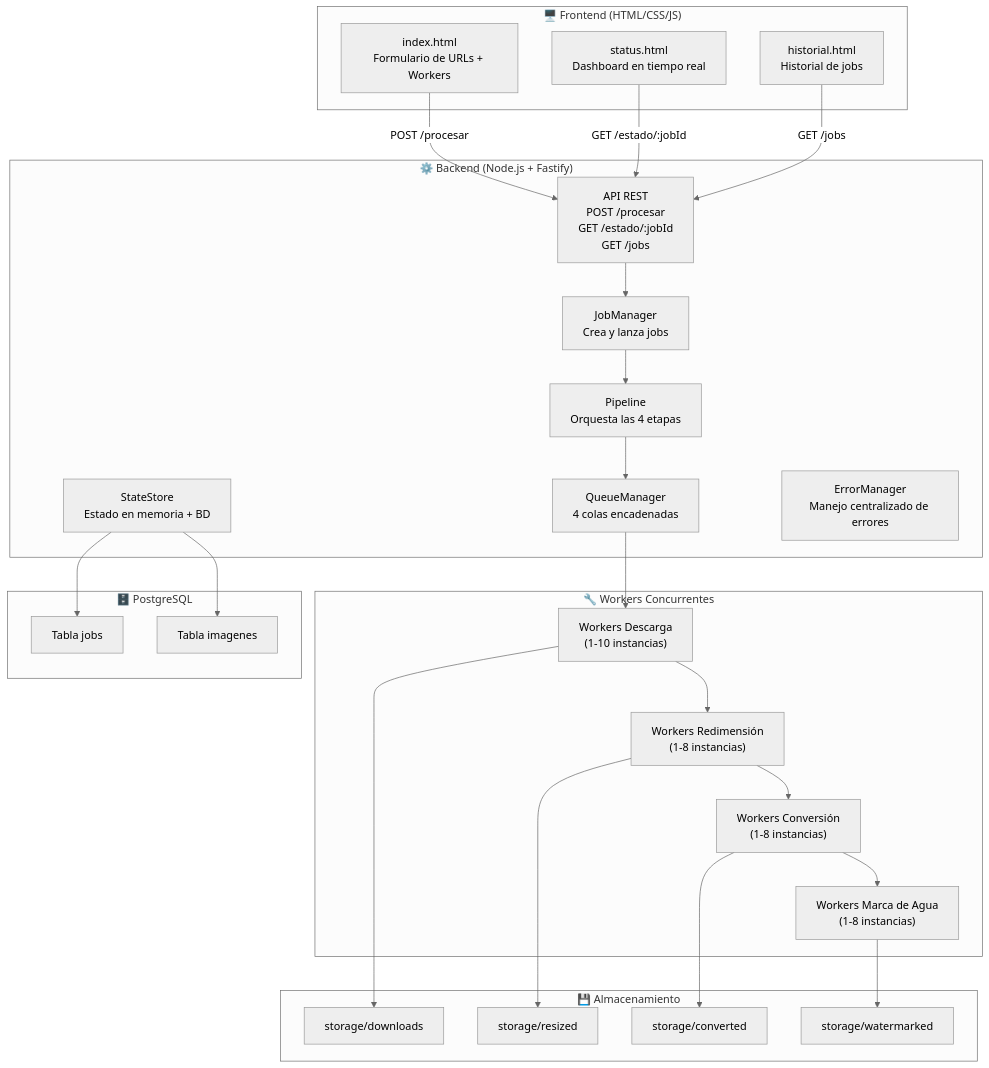
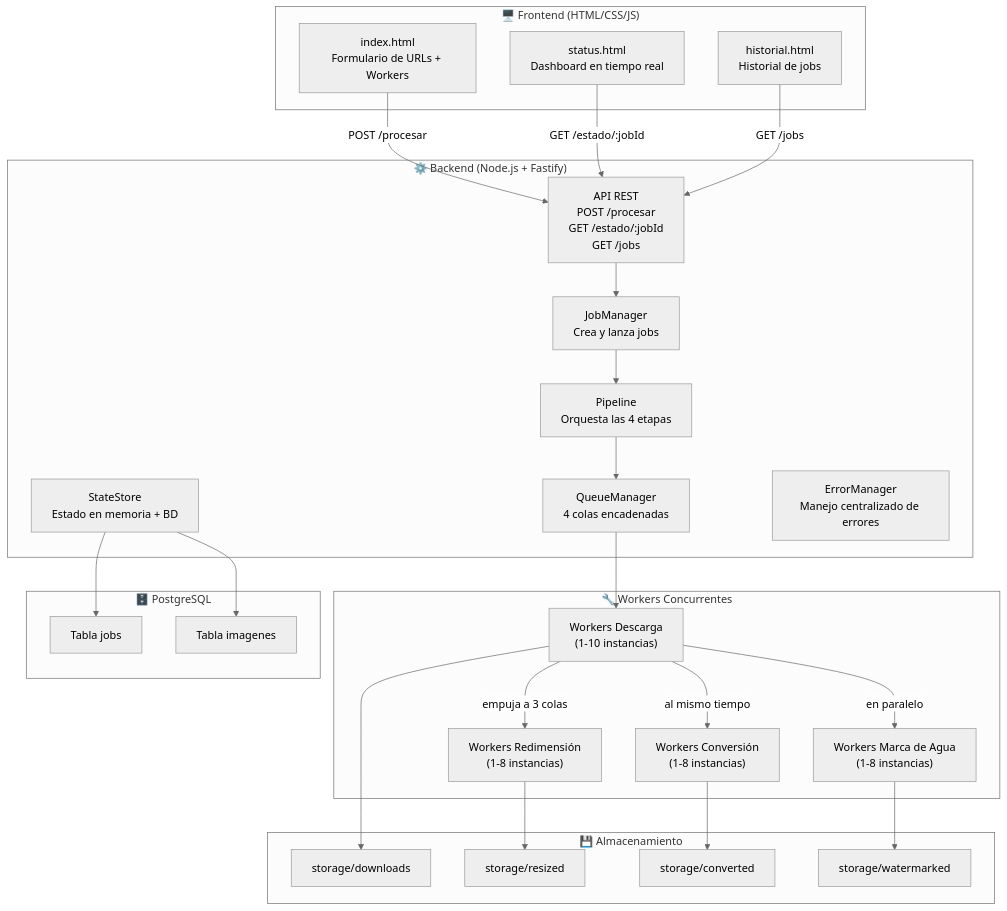
One commit to Santiagosoto19/-PMIC changed the first of 5 diagrams in documentación.md. Above: the diagram before and after it, drawn with Mermaid (neutral theme). The commit also changed other lines of this file, not shown here.

Commit message:
docs: documentación actualizada con arquitectura de hilos reales y procesamiento paralelo + documento de cambios

````diff
--- a/documentación.md
+++ b/documentación.md
@@ -18,48 +18,51 @@
 ```mermaid
 graph TB
     subgraph Frontend["🖥️ Frontend (HTML/CSS/JS)"]
         A["index.html<br/>Formulario de URLs + Workers"]
         B["status.html<br/>Dashboard en tiempo real"]
         C["historial.html<br/>Historial de jobs"]
     end
     
     subgraph Backend["⚙️ Backend (Node.js + Fastify)"]
         D["API REST<br/>POST /procesar<br/>GET /estado/:jobId<br/>GET /jobs"]
         E["JobManager<br/>Crea y lanza jobs"]
         F["Pipeline<br/>Orquesta las 4 etapas"]
         G["QueueManager<br/>4 colas encadenadas"]
         H["StateStore<br/>Estado en memoria + BD"]
         I["ErrorManager<br/>Manejo centralizado de errores"]
     end
     
     subgraph Workers["🔧 Workers Concurrentes"]
         W1["Workers Descarga<br/>(1-10 instancias)"]
         W2["Workers Redimensión<br/>(1-8 instancias)"]
         W3["Workers Conversión<br/>(1-8 instancias)"]
         W4["Workers Marca de Agua<br/>(1-8 instancias)"]
     end
     
     subgraph Storage["💾 Almacenamiento"]
         S1["storage/downloads"]
         S2["storage/resized"]
         S3["storage/converted"]
         S4["storage/watermarked"]
     end
     
     subgraph DB["🗄️ PostgreSQL"]
         T1["Tabla jobs"]
         T2["Tabla imagenes"]
     end
     
     A -->|POST /procesar| D
     B -->|GET /estado/:jobId| D
     C -->|GET /jobs| D
     D --> E --> F --> G
-    G --> W1 --> W2 --> W3 --> W4
+    G --> W1
+    W1 -->|"empuja a 3 colas"| W2
+    W1 -->|"al mismo tiempo"| W3
+    W1 -->|"en paralelo"| W4
     W1 --> S1
     W2 --> S2
     W3 --> S3
     W4 --> S4
     H --> T1
     H --> T2
 ```
````
